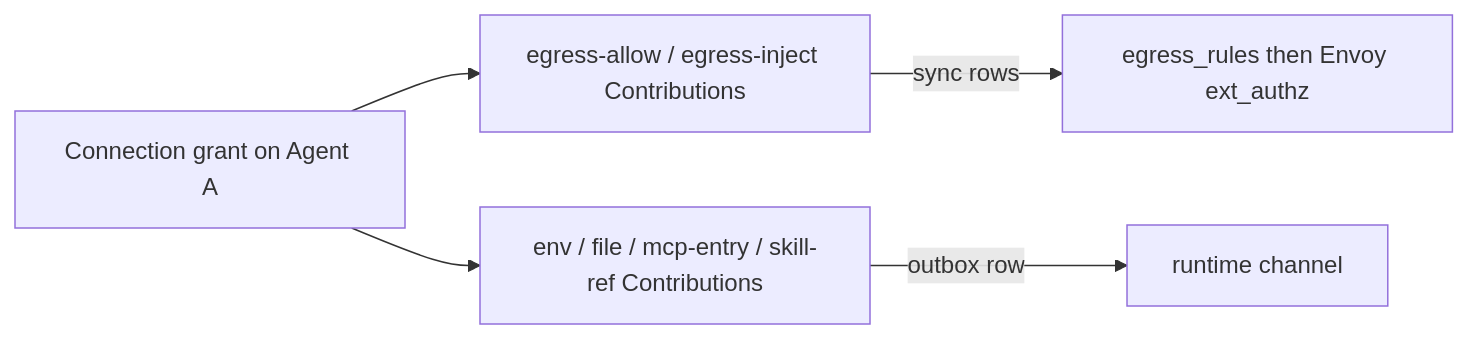
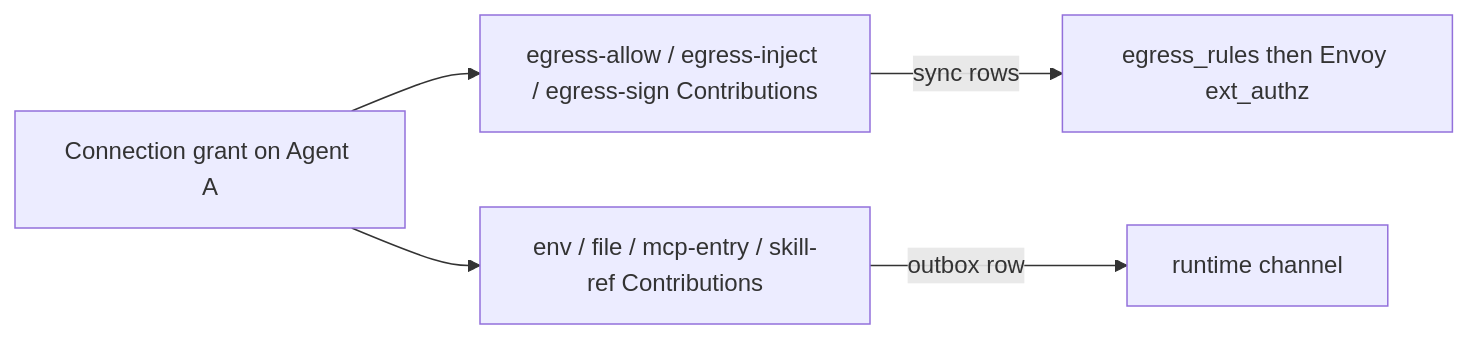
The diagram in docs/architecture/connections.md (dam-agents/dam), drawn with Mermaid before and after one commit. The commit also changed other lines of this file and 5 other files, not shown here.

First line of the commit message:
docs(architecture): document S3-compatible storage signing, profiles and rotation

````diff
--- a/docs/architecture/connections.md
+++ b/docs/architecture/connections.md
@@ -15,13 +15,13 @@
 ```mermaid
 flowchart LR
   grant[Connection grant on Agent A]
-  hostRail[egress-allow / egress-inject Contributions]
+  hostRail[egress-allow / egress-inject / egress-sign Contributions]
   rtRail[env / file / mcp-entry / skill-ref Contributions]
   envoy[egress_rules then Envoy ext_authz]
   channel[runtime channel]
 
   grant --> hostRail
   grant --> rtRail
   hostRail -->|sync rows| envoy
   rtRail -->|outbox row| channel
 ```
````
